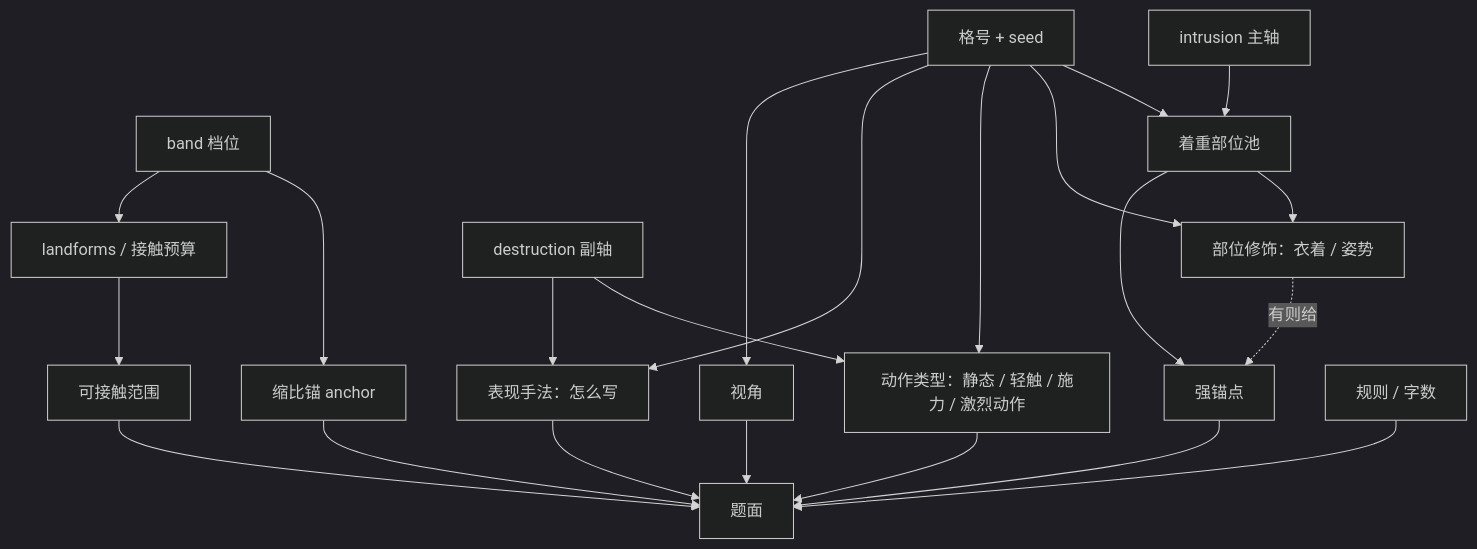
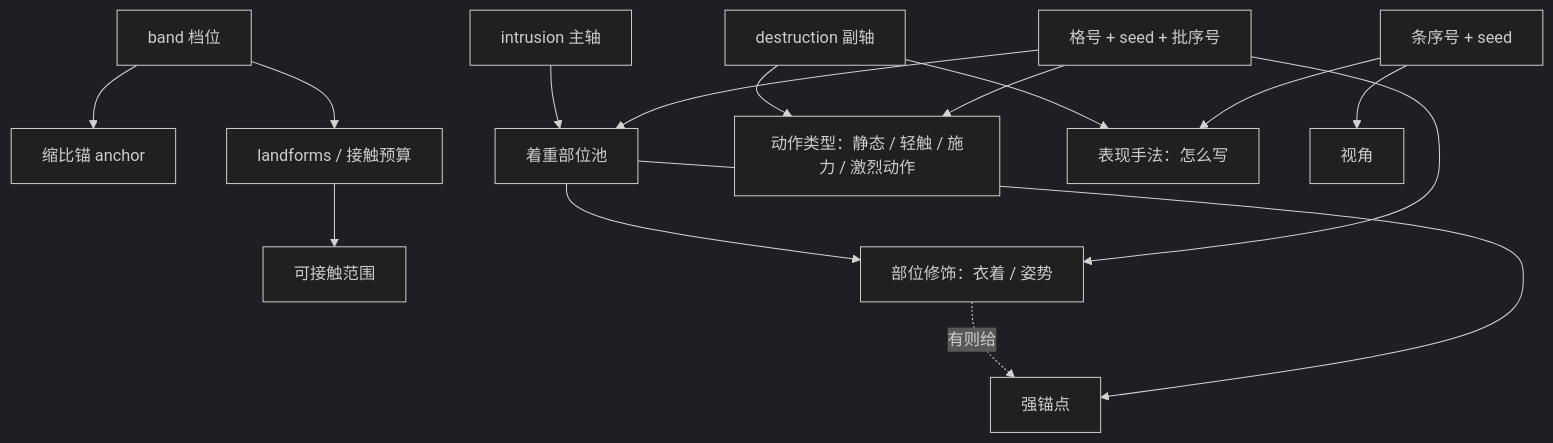
Before and after one commit to j71408028-netizen/constant-girl: the diagram in developer_tools/quip_profiles/README.md, drawn with Mermaid (dark theme). The commit also changed other lines of this file and 3 other files, not shown here.

````diff
--- a/developer_tools/quip_profiles/README.md
+++ b/developer_tools/quip_profiles/README.md
@@ -84,28 +88,20 @@
 ```mermaid
 flowchart TD
   B["band 档位"] --> AN["缩比锚 anchor"]
   B --> L["landforms / 接触预算"]
   L --> T["可接触范围"]
 
   I["intrusion 主轴"] --> P["着重部位池"]
   P --> D["部位修饰：衣着 / 姿势"]
   D -.->|有则给| H["强锚点"]
   P --> H
 
   X["destruction 副轴"] --> M["动作类型：静态 / 轻触 / 施力 / 激烈动作"]
   X --> R["表现手法：怎么写"]
 
-  K["格号 + seed"] --> P
+  K["格号 + seed + 批序号"] --> P
   K --> D
   K --> M
-  K --> R
-  K --> V["视角"]
-
-  AN --> MSG["题面"]
-  H --> MSG
-  M --> MSG
-  R --> MSG
-  T --> MSG
-  V --> MSG
-  RULES["规则 / 字数"] --> MSG
+  N["条序号 + seed"] --> R
+  N --> V["视角"]
 ```
````
